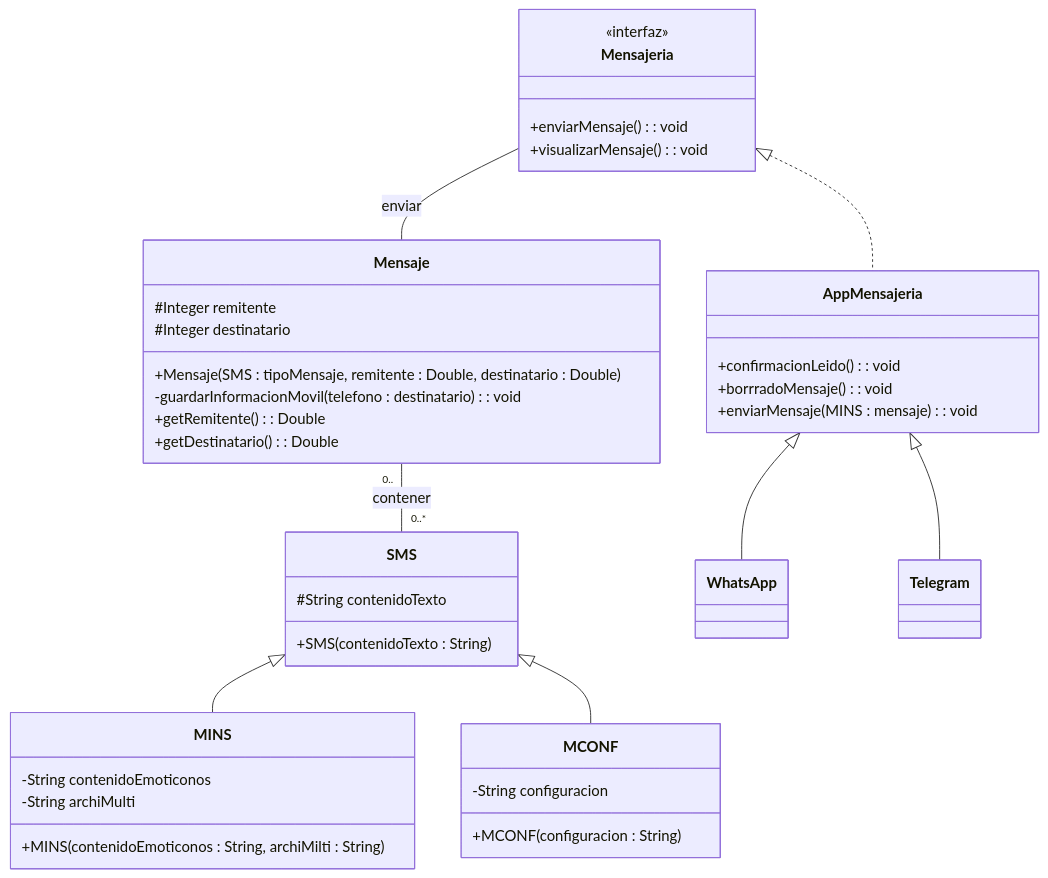
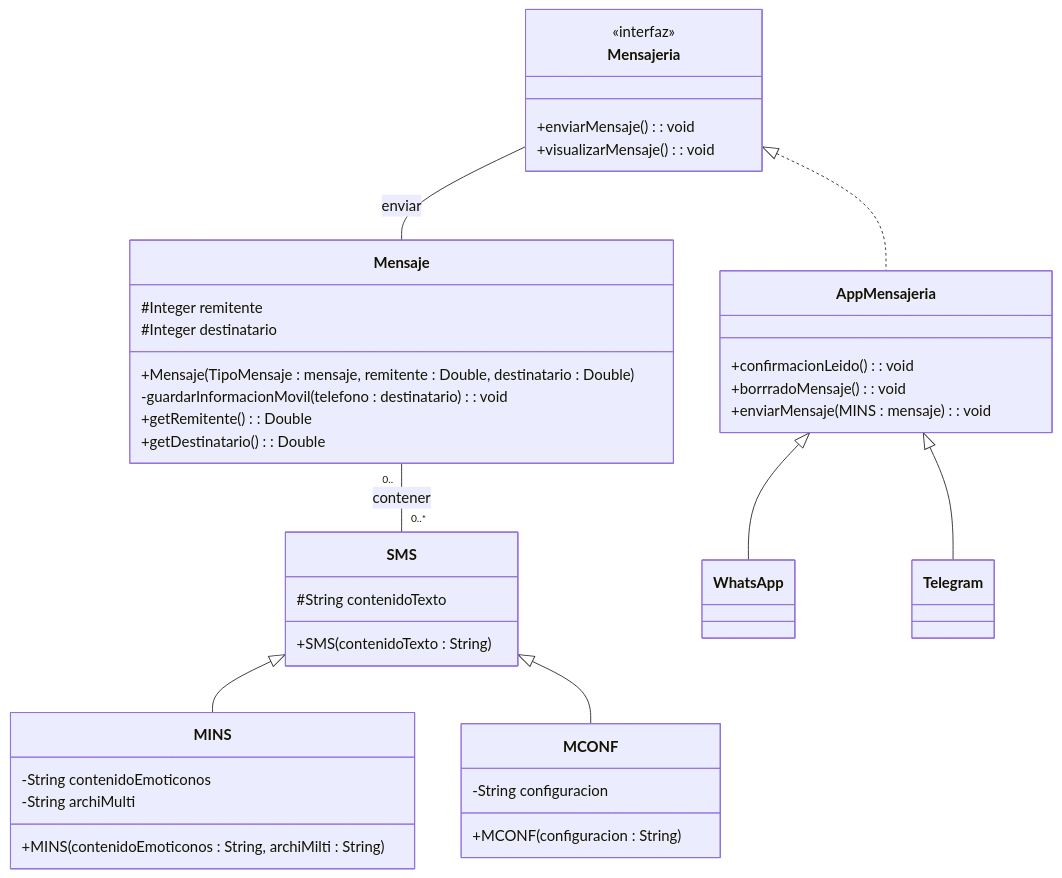
The diagram in EEDD/Eva4.1/Ejercicio3.md (savamidev/MiguelSanchez-1DAW), drawn with Mermaid before and after one commit.

Commit message:
Modificado constructor Mensaje

````diff
--- a/EEDD/Eva4.1/Ejercicio3.md
+++ b/EEDD/Eva4.1/Ejercicio3.md
@@ -1,60 +1,60 @@
 ```mermaid
     classDiagram
 
     class Mensajeria{
     <<interfaz>>
     +enviarMensaje() : void
     +visualizarMensaje() : void
     }
 
 
     class Mensaje {
     #Integer remitente
     #Integer destinatario
-    +Mensaje(SMS : tipoMensaje, remitente : Double, destinatario : Double)
+    +Mensaje(TipoMensaje : mensaje, remitente : Double, destinatario : Double)
     -guardarInformacionMovil(telefono : destinatario) : void
     +getRemitente() : Double
     +getDestinatario() : Double
     }
     
     class SMS {
     #String contenidoTexto
     +SMS(contenidoTexto : String)
     }
 
     class MINS {
     -String contenidoEmoticonos
     -String archiMulti
     +MINS(contenidoEmoticonos : String, archiMilti : String)
     }
 
     class MCONF {
     -String configuracion
     +MCONF(configuracion : String)
     }
 
 
     class AppMensajeria {
     +confirmacionLeido() : void
     +borrradoMensaje() : void
     +enviarMensaje(MINS : mensaje) : void
     }
     
     
     class WhatsApp {
     
     }
 
     class Telegram {
 
     }
 
 
     Mensajeria -- Mensaje : enviar
     Mensaje "0.." -- "0..*" SMS : contener
     SMS  <|--  MINS
     SMS  <|--  MCONF
     Mensajeria <|.. AppMensajeria
     AppMensajeria <|-- WhatsApp
     AppMensajeria <|-- Telegram
 ```
````
